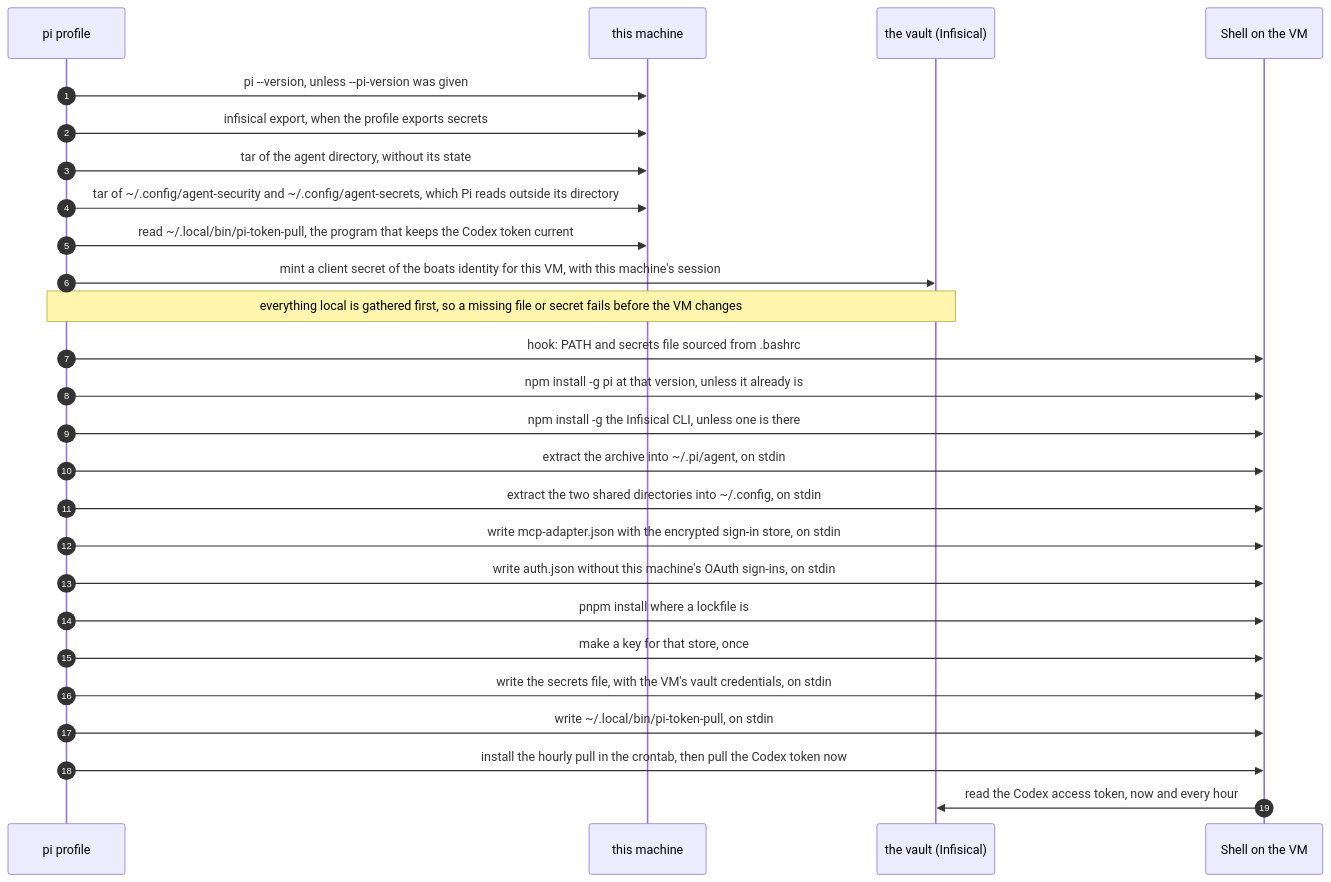
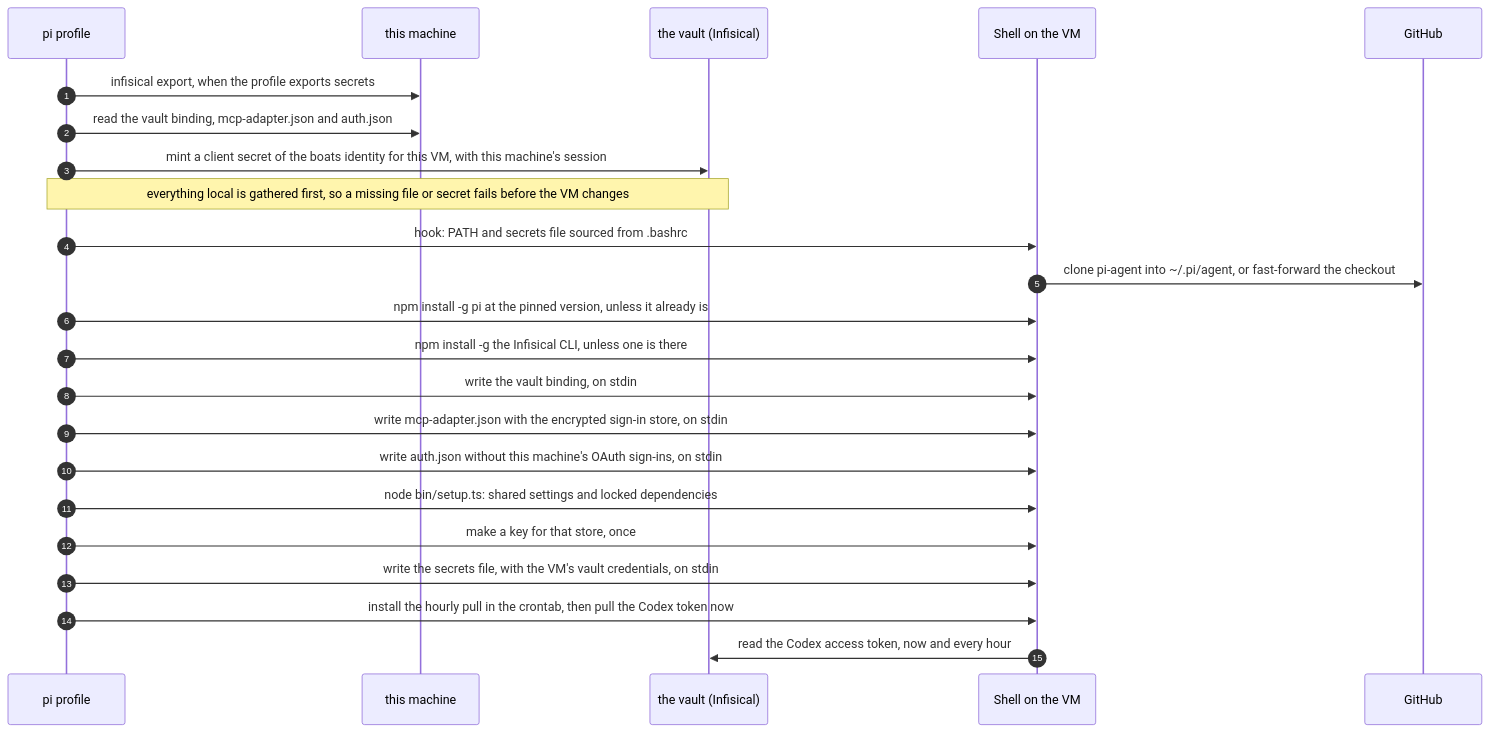
The diagram in docs/profiles/pi.md (NextNodeSolutions/workspace), drawn with Mermaid before and after one commit. The commit also changed other lines of this file and 6 other files, not shown here.

First line of the commit message:
feat(profile-agent): take Pi's agent directory from the public pi-agent repository

````diff
--- a/docs/profiles/pi.md
+++ b/docs/profiles/pi.md
@@ -7,28 +7,25 @@
 ```mermaid
 sequenceDiagram
     autonumber
     participant P as pi profile
     participant M as this machine
     participant V as the vault (Infisical)
     participant S as Shell on the VM
-    P->>M: pi --version, unless --pi-version was given
+    participant G as GitHub
     P->>M: infisical export, when the profile exports secrets
-    P->>M: tar of the agent directory, without its state
-    P->>M: tar of ~/.config/agent-security and ~/.config/agent-secrets, which Pi reads outside its directory
-    P->>M: read ~/.local/bin/pi-token-pull, the program that keeps the Codex token current
+    P->>M: read the vault binding, mcp-adapter.json and auth.json
     P->>V: mint a client secret of the boats identity for this VM, with this machine's session
     Note over P,V: everything local is gathered first, so a missing file or secret fails before the VM changes
     P->>S: hook: PATH and secrets file sourced from .bashrc
-    P->>S: npm install -g pi at that version, unless it already is
+    S->>G: clone pi-agent into ~/.pi/agent, or fast-forward the checkout
+    P->>S: npm install -g pi at the pinned version, unless it already is
     P->>S: npm install -g the Infisical CLI, unless one is there
-    P->>S: extract the archive into ~/.pi/agent, on stdin
-    P->>S: extract the two shared directories into ~/.config, on stdin
+    P->>S: write the vault binding, on stdin
     P->>S: write mcp-adapter.json with the encrypted sign-in store, on stdin
     P->>S: write auth.json without this machine's OAuth sign-ins, on stdin
-    P->>S: pnpm install where a lockfile is
+    P->>S: node bin/setup.ts: shared settings and locked dependencies
     P->>S: make a key for that store, once
     P->>S: write the secrets file, with the VM's vault credentials, on stdin
-    P->>S: write ~/.local/bin/pi-token-pull, on stdin
     P->>S: install the hourly pull in the crontab, then pull the Codex token now
     S->>V: read the Codex access token, now and every hour
 ```
````
